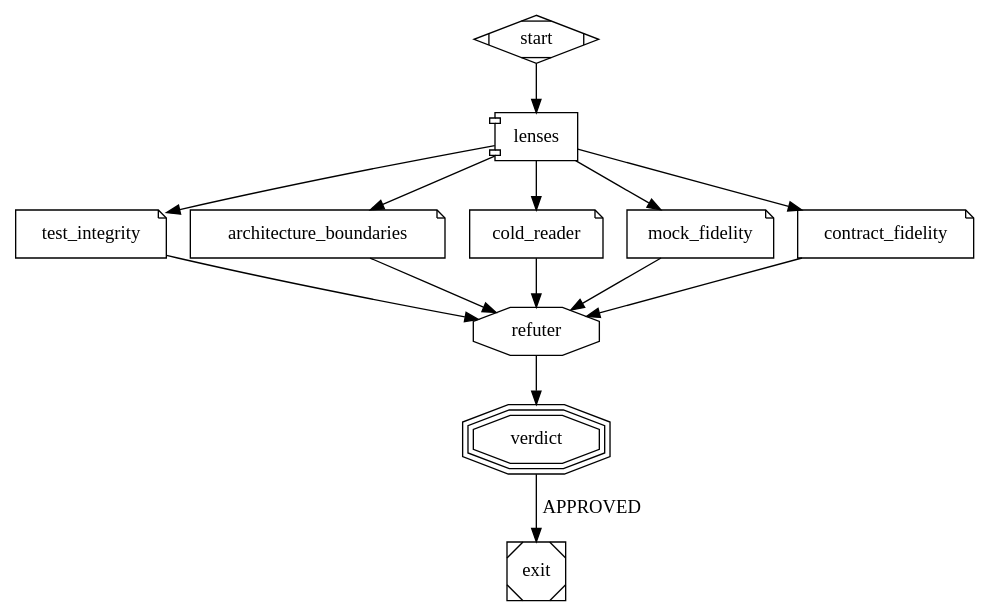
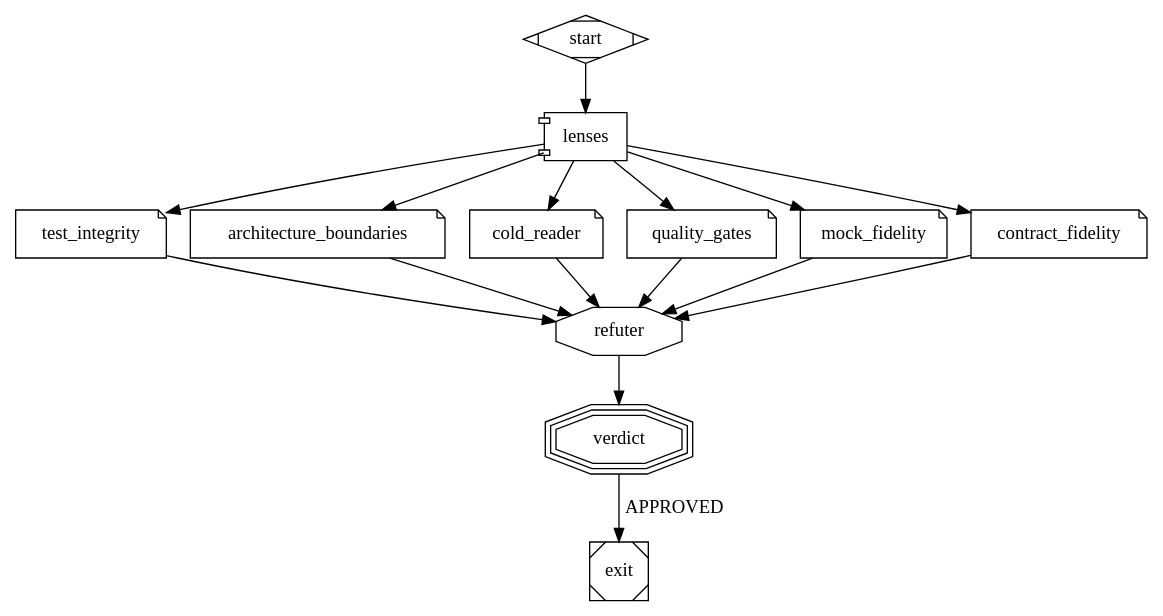
Before and after one commit to SebastienDegodez/skraft-plugin: the diagram in plugins/skraft-framework/workflows/review.skraft.dot, drawn with Graphviz. The commit also changed 37 other files, not shown here.

First line of the commit message:
feat(agents): the quality-gates lens judges the traced gate runs of DELIVER, as v1's read qg-verify

```diff
--- a/plugins/skraft-framework/workflows/review.skraft.dot
+++ b/plugins/skraft-framework/workflows/review.skraft.dot
@@ -1,32 +1,34 @@
 // The review skraft runs on a story's changes in DELIVER (the call deliver_review of pipeline.skraft.dot) and on a pull
 // request. Copy it into .skraft/review.skraft.dot with `skraft workflow eject review`, then add lenses; every call to
 // review runs the copy. It reads only its inputs, never a run's journal: base and head
 // bound the changes, story and documents tell what they are for, components how each one is built and tested.
 // A called workflow runs one review: start -> fan-out -> one lens node per branch -> refuter -> fan-in -> exit; the
 // calling node carries NEEDS_REWORK and max_visits. The refuter (shape=octagon) is finding-refuter: it checks each
 // finding of the lenses, of any severity, before the fan-in counts it, one tier above the strongest lens it
 // checks unless the fan-in names its family with refuter=. A node marked mandatory=true can never be dropped, bypassed or weakened,
 // whatever the copy says.
 digraph review {
   graph [version="2", goal="Review the changes", input_base="required", input_head="required", input_story="optional", input_documents="optional", input_components="optional"]
 
   start  [shape=Mdiamond]
   lenses [shape=component]
   test_integrity          [shape=note, lens="test-integrity", mandatory=true]
   architecture_boundaries [shape=note, lens="architecture-boundaries", mandatory=true]
   cold_reader             [shape=note, lens="cold-reader"]
+  quality_gates           [shape=note, lens="quality-gates"]
   mock_fidelity           [shape=note, lens="mock-fidelity", when="mock"]
   contract_fidelity       [shape=note, lens="contract-fidelity", when="contract"]
   refuter [shape=octagon, mandatory=true]
   verdict [shape=tripleoctagon, mandatory=true]
   exit   [shape=Msquare]
 
   start -> lenses
   lenses -> test_integrity -> refuter
   lenses -> architecture_boundaries -> refuter
   lenses -> cold_reader -> refuter
+  lenses -> quality_gates -> refuter
   lenses -> mock_fidelity -> refuter
   lenses -> contract_fidelity -> refuter
   refuter -> verdict
   verdict -> exit [label="APPROVED"]
 }
```
